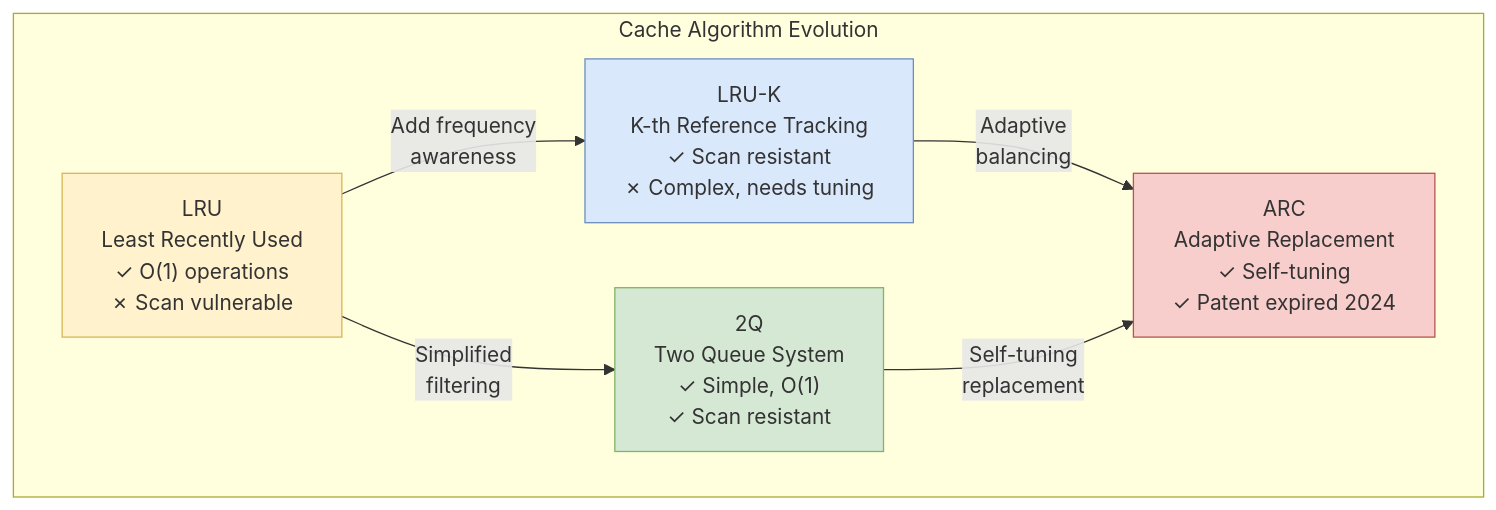
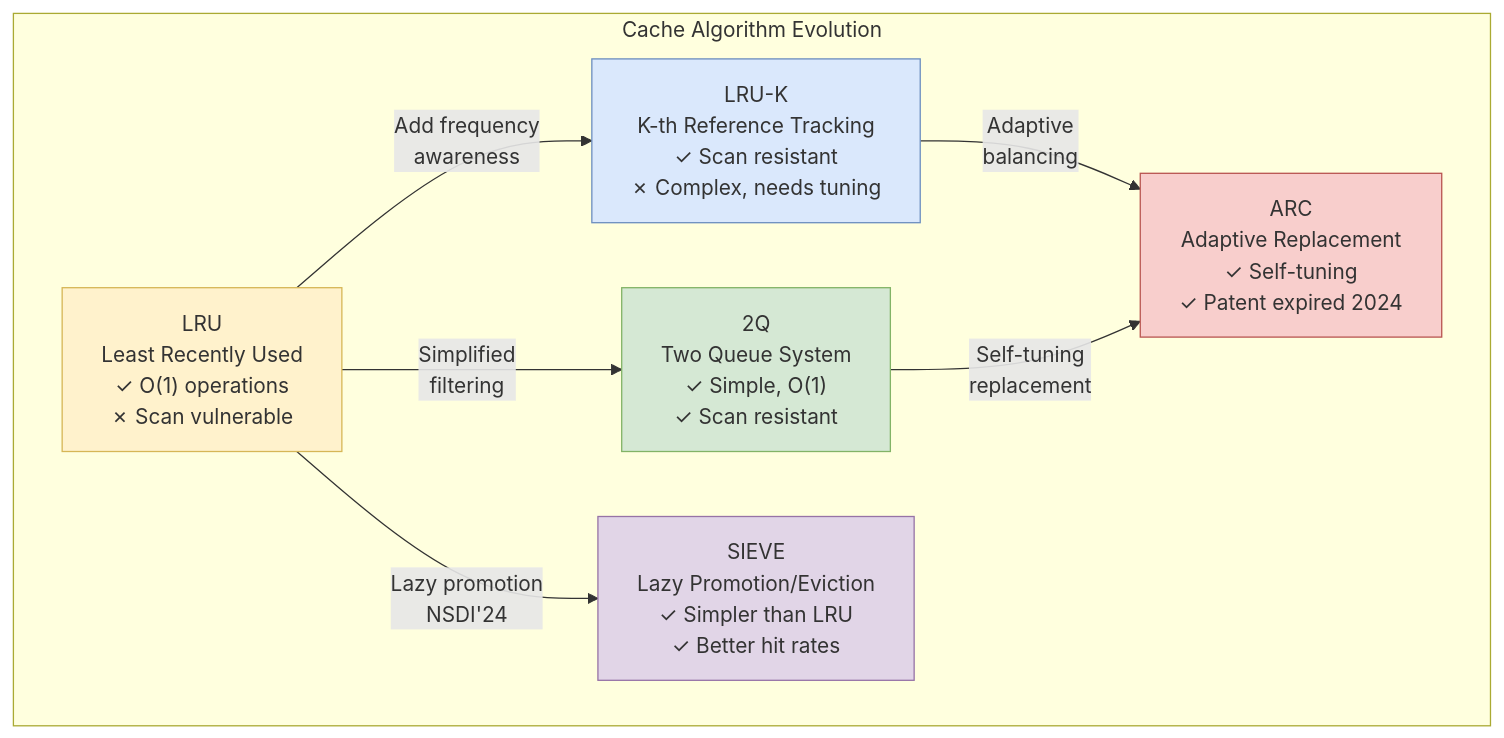
One commit to sujeet-pro/legacy-personal-site changed the first of 2 diagrams in v4/content/articles/system-design/system-design-building-blocks/lru-cache-design/README.md. Above: the diagram before and after it, drawn with Mermaid. The commit also changed other lines of this file and 10 other files, not shown here.

````diff
--- a/v4/content/articles/system-design/system-design-building-blocks/lru-cache-design/README.md
+++ b/v4/content/articles/system-design/system-design-building-blocks/lru-cache-design/README.md
@@ -7,19 +7,22 @@
 ```mermaid
 flowchart TB
     subgraph "Cache Algorithm Evolution"
         LRU["LRU<br/>Least Recently Used<br/>✓ O(1) operations<br/>✗ Scan vulnerable"]
         LRUK["LRU-K<br/>K-th Reference Tracking<br/>✓ Scan resistant<br/>✗ Complex, needs tuning"]
         TwoQ["2Q<br/>Two Queue System<br/>✓ Simple, O(1)<br/>✓ Scan resistant"]
         ARC["ARC<br/>Adaptive Replacement<br/>✓ Self-tuning<br/>✓ Patent expired 2024"]
+        SIEVE["SIEVE<br/>Lazy Promotion/Eviction<br/>✓ Simpler than LRU<br/>✓ Better hit rates"]
     end
 
     LRU -->|"Add frequency<br/>awareness"| LRUK
     LRU -->|"Simplified<br/>filtering"| TwoQ
     LRUK -->|"Adaptive<br/>balancing"| ARC
     TwoQ -->|"Self-tuning<br/>replacement"| ARC
+    LRU -->|"Lazy promotion<br/>NSDI'24"| SIEVE
 
     style LRU fill:#fff2cc,stroke:#d6b656
     style LRUK fill:#dae8fc,stroke:#6c8ebf
     style TwoQ fill:#d5e8d4,stroke:#82b366
     style ARC fill:#f8cecc,stroke:#b85450
+    style SIEVE fill:#e1d5e7,stroke:#9673a6
 ```
````
